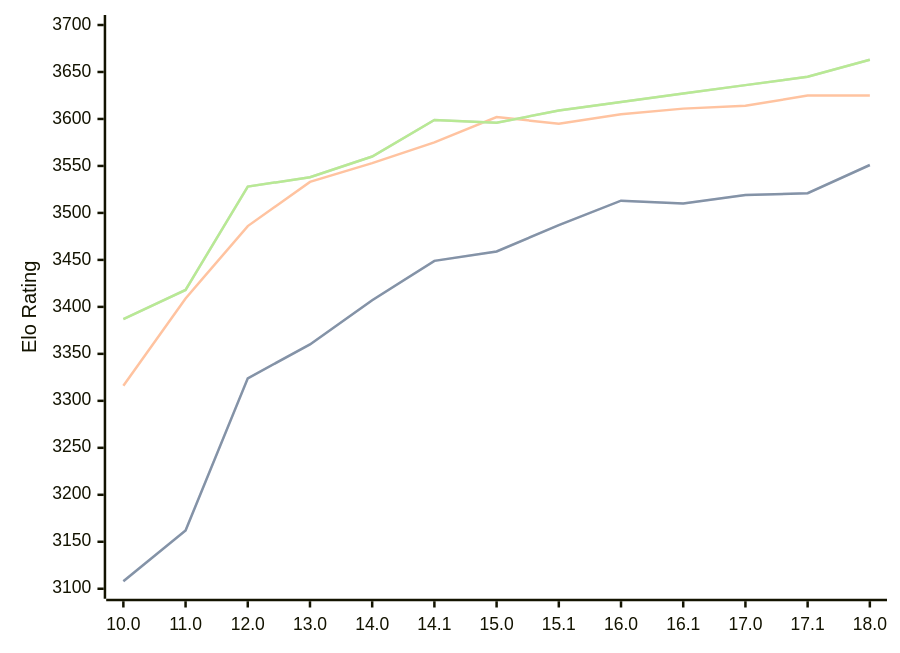
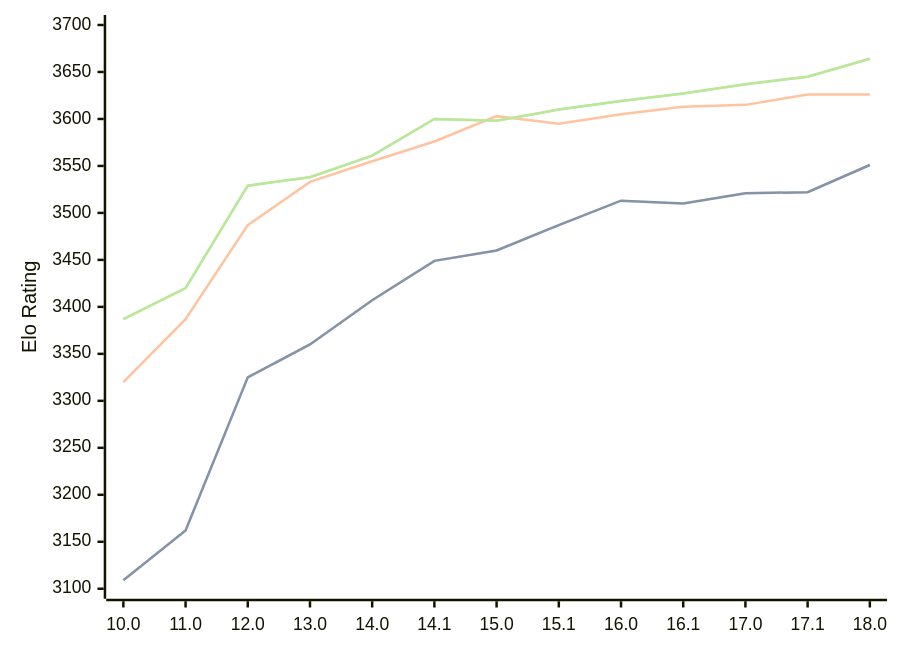
The diagram in engines/Stockfish.md (computer-chess-index/cci), drawn with Mermaid before and after one commit. The commit also changed other lines of this file, not shown here.

Commit message:
Update CCI Ratings (ELO VLTC) - 2026-02-21

````diff
--- a/engines/Stockfish.md
+++ b/engines/Stockfish.md
@@ -42,11 +42,11 @@
 ```mermaid
 %%{init: {"theme":"base","themeVariables":{"seriesColors:['#a3a3a3','#222221','#faa371']}}}%%
 xychart-beta
   x-axis ["10.0", "11.0", "12.0", "13.0", "14.0", "14.1", "15.0", "15.1", "16.0", "16.1", "17.0", "17.1", "18.0"]
   y-axis "Elo Rating" 3100 --> 3700
-  line "STC (8.0+0.08s)" [3108, 3162, 3324, 3360, 3407, 3449, 3459, 3487, 3513, 3510, 3519, 3521, 3551]
-  line "STC (8.0+0.08s)" [3108, 3162, 3324, 3360, 3407, 3449, 3459, 3487, 3513, 3510, 3519, 3521, 3551]
-  line "LTC (60.0+0.60s)" [3316, 3409, 3486, 3533, 3553, 3575, 3602, 3595, 3605, 3611, 3614, 3625, 3625]
-  line "VLTC (2m24s+1.12s)" [3387, 3418, 3528, 3538, 3560, 3599, 3596, 3609, 3618, 3627, 3636, 3645, 3663]
-  line "VLTC (2m24s+1.12s)" [3387, 3418, 3528, 3538, 3560, 3599, 3596, 3609, 3618, 3627, 3636, 3645, 3663]
+  line "STC (8.0+0.08s)" [3109, 3162, 3325, 3360, 3407, 3449, 3460, 3487, 3513, 3510, 3521, 3522, 3551]
+  line "STC (8.0+0.08s)" [3109, 3162, 3325, 3360, 3407, 3449, 3460, 3487, 3513, 3510, 3521, 3522, 3551]
+  line "LTC (60.0+0.60s)" [3320, 3387, 3487, 3533, 3555, 3576, 3603, 3595, 3605, 3613, 3615, 3626, 3626]
+  line "VLTC (2m24s+1.12s)" [3387, 3420, 3529, 3538, 3561, 3600, 3598, 3610, 3619, 3627, 3637, 3645, 3664]
+  line "VLTC (2m24s+1.12s)" [3387, 3420, 3529, 3538, 3561, 3600, 3598, 3610, 3619, 3627, 3637, 3645, 3664]
 ```
````
